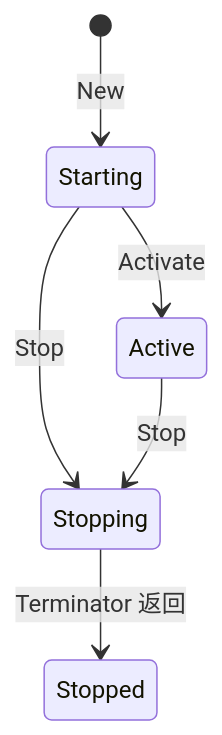
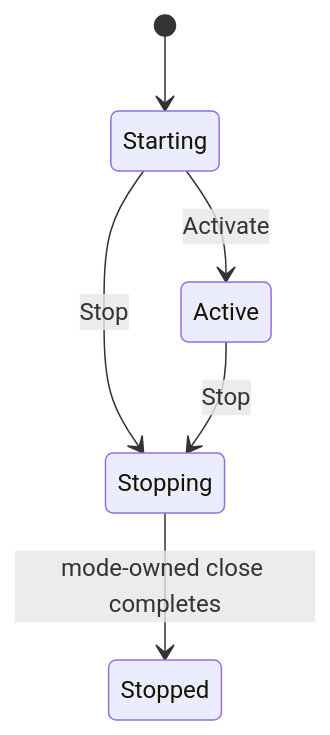
Before and after one commit to gorenx/goren: the first of 2 diagrams in subagent/internal/execution/README.zh-CN.md, drawn with Mermaid. The commit also changed other lines of this file and 29 other files, not shown here.

````diff
--- a/subagent/internal/execution/README.zh-CN.md
+++ b/subagent/internal/execution/README.zh-CN.md
@@ -114,8 +19,8 @@
 ```mermaid
 stateDiagram-v2
-    [*] --> Starting: New
+    [*] --> Starting
     Starting --> Active: Activate
     Starting --> Stopping: Stop
     Active --> Stopping: Stop
-    Stopping --> Stopped: Terminator 返回
+    Stopping --> Stopped: mode-owned close completes
 ```
````
